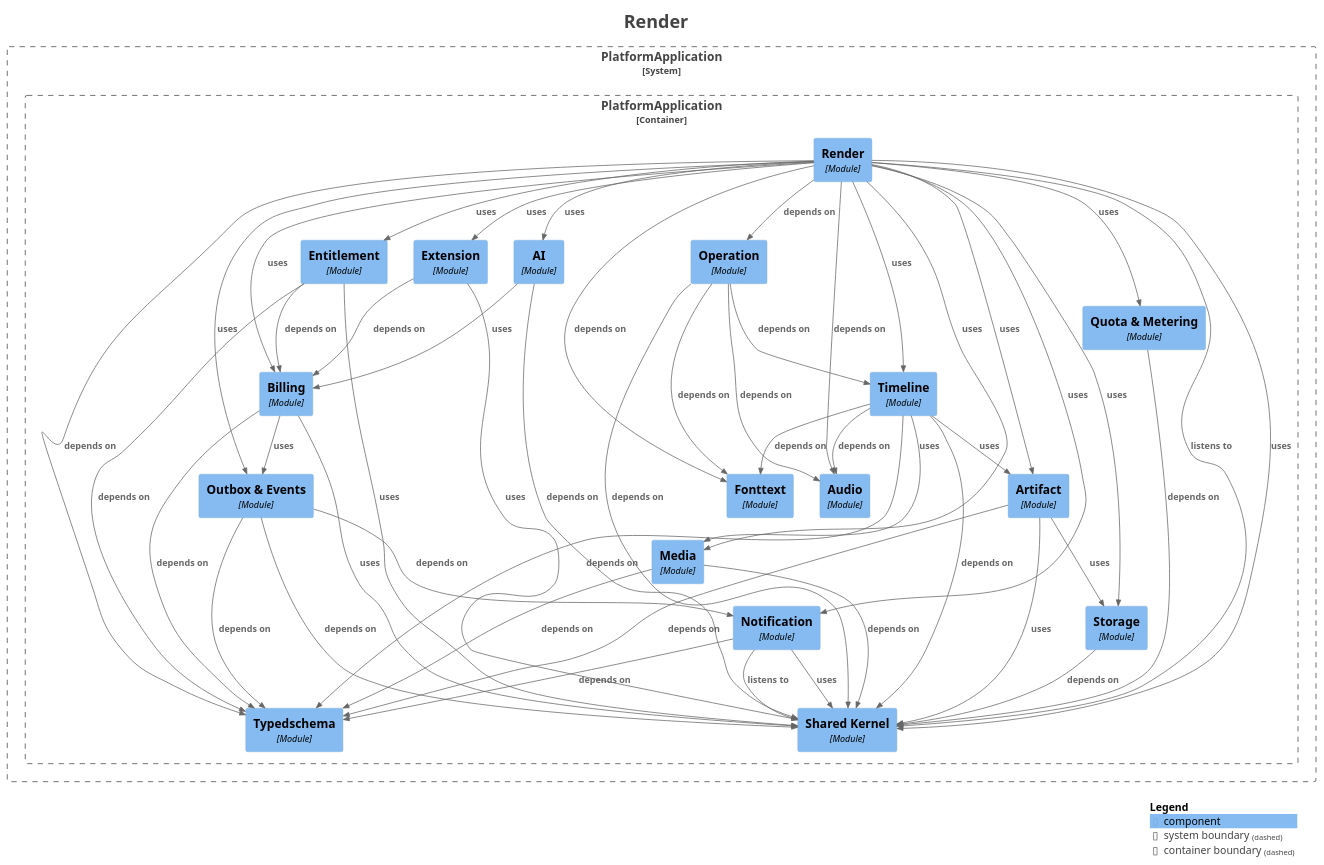
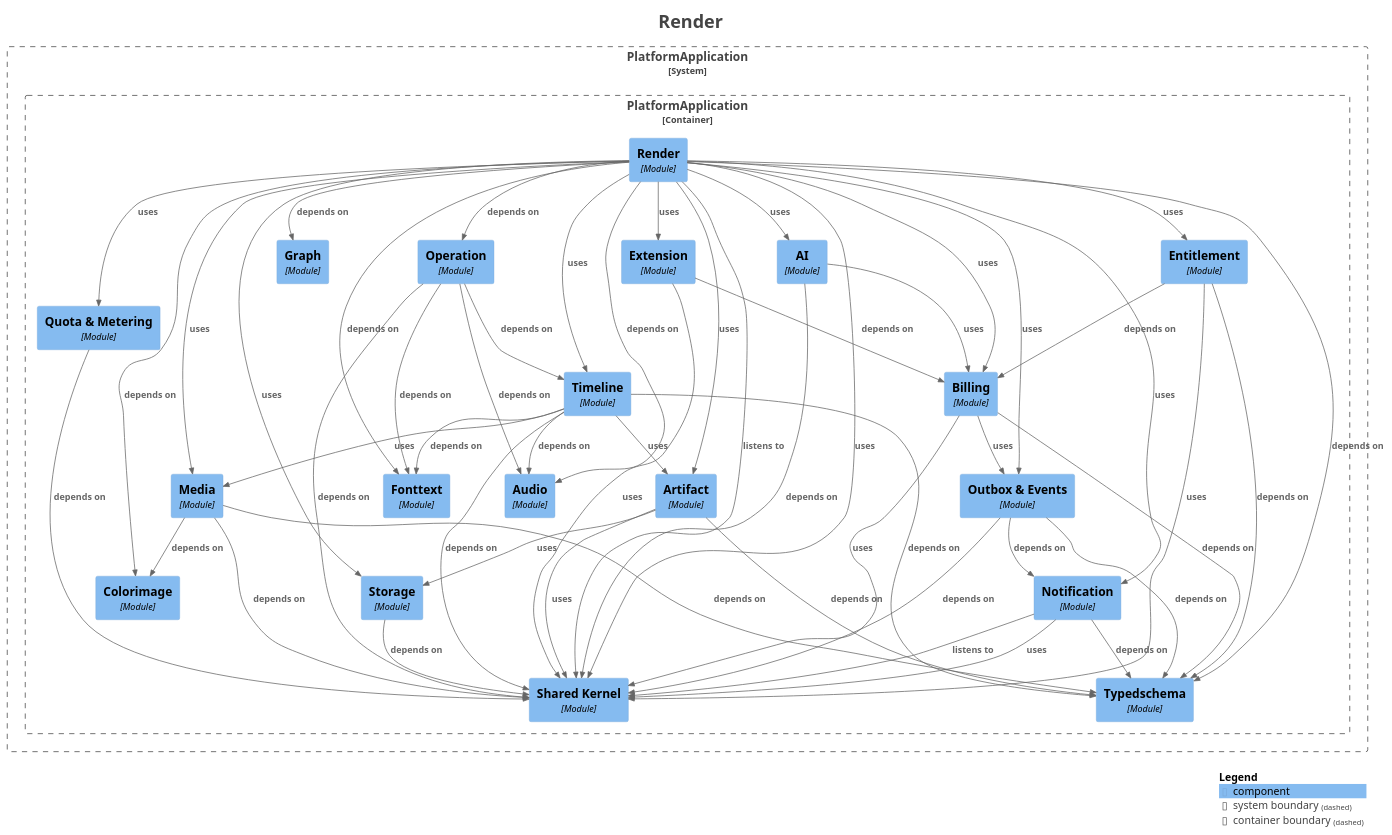
One commit to shangxq007/media-platform changed the diagram in platform-app/docs/architecture/maps/generated/modulith/module-render.puml. Above: the diagram before and after it, drawn with PlantUML. The commit also changed 3 other files, not shown here.

Commit message:
roadmap20: publish implementation FCV report for independent final review

```diff
--- a/platform-app/docs/architecture/maps/generated/modulith/module-render.puml
+++ b/platform-app/docs/architecture/maps/generated/modulith/module-render.puml
@@ -1,94 +1,99 @@
 @startuml
 title <size:24>Render</size>
 
 set separator none
 top to bottom direction
 
 <style>
   root {
     BackgroundColor: #ffffff
     FontColor: #444444
   }
 </style>
 
 !include <C4/C4>
 !include <C4/C4_Context>
 !include <C4/C4_Component>
 
 System_Boundary("PlatformApplication_boundary", "PlatformApplication", $tags="") {
   Container_Boundary("PlatformApplication.PlatformApplication_boundary", "PlatformApplication", $tags="") {
+    Component(PlatformApplication.PlatformApplication.Colorimage, "Colorimage", $techn="Module", $descr="", $tags="", $link="")
     Component(PlatformApplication.PlatformApplication.Entitlement, "Entitlement", $techn="Module", $descr="", $tags="", $link="")
     Component(PlatformApplication.PlatformApplication.Extension, "Extension", $techn="Module", $descr="", $tags="", $link="")
     Component(PlatformApplication.PlatformApplication.Fonttext, "Fonttext", $techn="Module", $descr="", $tags="", $link="")
+    Component(PlatformApplication.PlatformApplication.Graph, "Graph", $techn="Module", $descr="", $tags="", $link="")
     Component(PlatformApplication.PlatformApplication.Media, "Media", $techn="Module", $descr="", $tags="", $link="")
     Component(PlatformApplication.PlatformApplication.Notification, "Notification", $techn="Module", $descr="", $tags="", $link="")
     Component(PlatformApplication.PlatformApplication.AI, "AI", $techn="Module", $descr="", $tags="", $link="")
     Component(PlatformApplication.PlatformApplication.Operation, "Operation", $techn="Module", $descr="", $tags="", $link="")
     Component(PlatformApplication.PlatformApplication.OutboxEvents, "Outbox & Events", $techn="Module", $descr="", $tags="", $link="")
     Component(PlatformApplication.PlatformApplication.QuotaMetering, "Quota & Metering", $techn="Module", $descr="", $tags="", $link="")
     Component(PlatformApplication.PlatformApplication.Render, "Render", $techn="Module", $descr="", $tags="", $link="")
     Component(PlatformApplication.PlatformApplication.SharedKernel, "Shared Kernel", $techn="Module", $descr="", $tags="", $link="")
     Component(PlatformApplication.PlatformApplication.Storage, "Storage", $techn="Module", $descr="", $tags="", $link="")
     Component(PlatformApplication.PlatformApplication.Timeline, "Timeline", $techn="Module", $descr="", $tags="", $link="")
     Component(PlatformApplication.PlatformApplication.Typedschema, "Typedschema", $techn="Module", $descr="", $tags="", $link="")
     Component(PlatformApplication.PlatformApplication.Artifact, "Artifact", $techn="Module", $descr="", $tags="", $link="")
     Component(PlatformApplication.PlatformApplication.Audio, "Audio", $techn="Module", $descr="", $tags="", $link="")
     Component(PlatformApplication.PlatformApplication.Billing, "Billing", $techn="Module", $descr="", $tags="", $link="")
   }
 
 }
 
 Rel(PlatformApplication.PlatformApplication.AI, PlatformApplication.PlatformApplication.Billing, "uses", $techn="", $tags="", $link="")
 Rel(PlatformApplication.PlatformApplication.AI, PlatformApplication.PlatformApplication.SharedKernel, "depends on", $techn="", $tags="", $link="")
 Rel(PlatformApplication.PlatformApplication.Artifact, PlatformApplication.PlatformApplication.SharedKernel, "uses", $techn="", $tags="", $link="")
 Rel(PlatformApplication.PlatformApplication.Artifact, PlatformApplication.PlatformApplication.Storage, "uses", $techn="", $tags="", $link="")
 Rel(PlatformApplication.PlatformApplication.Artifact, PlatformApplication.PlatformApplication.Typedschema, "depends on", $techn="", $tags="", $link="")
 Rel(PlatformApplication.PlatformApplication.Billing, PlatformApplication.PlatformApplication.OutboxEvents, "uses", $techn="", $tags="", $link="")
 Rel(PlatformApplication.PlatformApplication.Billing, PlatformApplication.PlatformApplication.SharedKernel, "uses", $techn="", $tags="", $link="")
 Rel(PlatformApplication.PlatformApplication.Billing, PlatformApplication.PlatformApplication.Typedschema, "depends on", $techn="", $tags="", $link="")
 Rel(PlatformApplication.PlatformApplication.Entitlement, PlatformApplication.PlatformApplication.Billing, "depends on", $techn="", $tags="", $link="")
 Rel(PlatformApplication.PlatformApplication.Entitlement, PlatformApplication.PlatformApplication.SharedKernel, "uses", $techn="", $tags="", $link="")
 Rel(PlatformApplication.PlatformApplication.Entitlement, PlatformApplication.PlatformApplication.Typedschema, "depends on", $techn="", $tags="", $link="")
 Rel(PlatformApplication.PlatformApplication.Extension, PlatformApplication.PlatformApplication.Billing, "depends on", $techn="", $tags="", $link="")
 Rel(PlatformApplication.PlatformApplication.Extension, PlatformApplication.PlatformApplication.SharedKernel, "uses", $techn="", $tags="", $link="")
+Rel(PlatformApplication.PlatformApplication.Media, PlatformApplication.PlatformApplication.Colorimage, "depends on", $techn="", $tags="", $link="")
 Rel(PlatformApplication.PlatformApplication.Media, PlatformApplication.PlatformApplication.SharedKernel, "depends on", $techn="", $tags="", $link="")
 Rel(PlatformApplication.PlatformApplication.Media, PlatformApplication.PlatformApplication.Typedschema, "depends on", $techn="", $tags="", $link="")
 Rel(PlatformApplication.PlatformApplication.Notification, PlatformApplication.PlatformApplication.SharedKernel, "listens to", $techn="", $tags="", $link="")
 Rel(PlatformApplication.PlatformApplication.Notification, PlatformApplication.PlatformApplication.SharedKernel, "uses", $techn="", $tags="", $link="")
 Rel(PlatformApplication.PlatformApplication.Notification, PlatformApplication.PlatformApplication.Typedschema, "depends on", $techn="", $tags="", $link="")
 Rel(PlatformApplication.PlatformApplication.Operation, PlatformApplication.PlatformApplication.Audio, "depends on", $techn="", $tags="", $link="")
 Rel(PlatformApplication.PlatformApplication.Operation, PlatformApplication.PlatformApplication.Fonttext, "depends on", $techn="", $tags="", $link="")
 Rel(PlatformApplication.PlatformApplication.Operation, PlatformApplication.PlatformApplication.SharedKernel, "depends on", $techn="", $tags="", $link="")
 Rel(PlatformApplication.PlatformApplication.Operation, PlatformApplication.PlatformApplication.Timeline, "depends on", $techn="", $tags="", $link="")
 Rel(PlatformApplication.PlatformApplication.OutboxEvents, PlatformApplication.PlatformApplication.Notification, "depends on", $techn="", $tags="", $link="")
 Rel(PlatformApplication.PlatformApplication.OutboxEvents, PlatformApplication.PlatformApplication.SharedKernel, "depends on", $techn="", $tags="", $link="")
 Rel(PlatformApplication.PlatformApplication.OutboxEvents, PlatformApplication.PlatformApplication.Typedschema, "depends on", $techn="", $tags="", $link="")
 Rel(PlatformApplication.PlatformApplication.QuotaMetering, PlatformApplication.PlatformApplication.SharedKernel, "depends on", $techn="", $tags="", $link="")
 Rel(PlatformApplication.PlatformApplication.Render, PlatformApplication.PlatformApplication.AI, "uses", $techn="", $tags="", $link="")
 Rel(PlatformApplication.PlatformApplication.Render, PlatformApplication.PlatformApplication.Artifact, "uses", $techn="", $tags="", $link="")
 Rel(PlatformApplication.PlatformApplication.Render, PlatformApplication.PlatformApplication.Audio, "depends on", $techn="", $tags="", $link="")
 Rel(PlatformApplication.PlatformApplication.Render, PlatformApplication.PlatformApplication.Billing, "uses", $techn="", $tags="", $link="")
+Rel(PlatformApplication.PlatformApplication.Render, PlatformApplication.PlatformApplication.Colorimage, "depends on", $techn="", $tags="", $link="")
 Rel(PlatformApplication.PlatformApplication.Render, PlatformApplication.PlatformApplication.Entitlement, "uses", $techn="", $tags="", $link="")
 Rel(PlatformApplication.PlatformApplication.Render, PlatformApplication.PlatformApplication.Extension, "uses", $techn="", $tags="", $link="")
 Rel(PlatformApplication.PlatformApplication.Render, PlatformApplication.PlatformApplication.Fonttext, "depends on", $techn="", $tags="", $link="")
+Rel(PlatformApplication.PlatformApplication.Render, PlatformApplication.PlatformApplication.Graph, "depends on", $techn="", $tags="", $link="")
 Rel(PlatformApplication.PlatformApplication.Render, PlatformApplication.PlatformApplication.Media, "uses", $techn="", $tags="", $link="")
 Rel(PlatformApplication.PlatformApplication.Render, PlatformApplication.PlatformApplication.Notification, "uses", $techn="", $tags="", $link="")
 Rel(PlatformApplication.PlatformApplication.Render, PlatformApplication.PlatformApplication.Operation, "depends on", $techn="", $tags="", $link="")
 Rel(PlatformApplication.PlatformApplication.Render, PlatformApplication.PlatformApplication.OutboxEvents, "uses", $techn="", $tags="", $link="")
 Rel(PlatformApplication.PlatformApplication.Render, PlatformApplication.PlatformApplication.QuotaMetering, "uses", $techn="", $tags="", $link="")
 Rel(PlatformApplication.PlatformApplication.Render, PlatformApplication.PlatformApplication.SharedKernel, "listens to", $techn="", $tags="", $link="")
 Rel(PlatformApplication.PlatformApplication.Render, PlatformApplication.PlatformApplication.SharedKernel, "uses", $techn="", $tags="", $link="")
 Rel(PlatformApplication.PlatformApplication.Render, PlatformApplication.PlatformApplication.Storage, "uses", $techn="", $tags="", $link="")
 Rel(PlatformApplication.PlatformApplication.Render, PlatformApplication.PlatformApplication.Timeline, "uses", $techn="", $tags="", $link="")
 Rel(PlatformApplication.PlatformApplication.Render, PlatformApplication.PlatformApplication.Typedschema, "depends on", $techn="", $tags="", $link="")
 Rel(PlatformApplication.PlatformApplication.Storage, PlatformApplication.PlatformApplication.SharedKernel, "depends on", $techn="", $tags="", $link="")
 Rel(PlatformApplication.PlatformApplication.Timeline, PlatformApplication.PlatformApplication.Artifact, "uses", $techn="", $tags="", $link="")
 Rel(PlatformApplication.PlatformApplication.Timeline, PlatformApplication.PlatformApplication.Audio, "depends on", $techn="", $tags="", $link="")
 Rel(PlatformApplication.PlatformApplication.Timeline, PlatformApplication.PlatformApplication.Fonttext, "depends on", $techn="", $tags="", $link="")
 Rel(PlatformApplication.PlatformApplication.Timeline, PlatformApplication.PlatformApplication.Media, "uses", $techn="", $tags="", $link="")
 Rel(PlatformApplication.PlatformApplication.Timeline, PlatformApplication.PlatformApplication.SharedKernel, "depends on", $techn="", $tags="", $link="")
 Rel(PlatformApplication.PlatformApplication.Timeline, PlatformApplication.PlatformApplication.Typedschema, "depends on", $techn="", $tags="", $link="")
 
 SHOW_LEGEND(true)
 hide stereotypes
 @enduml
```
